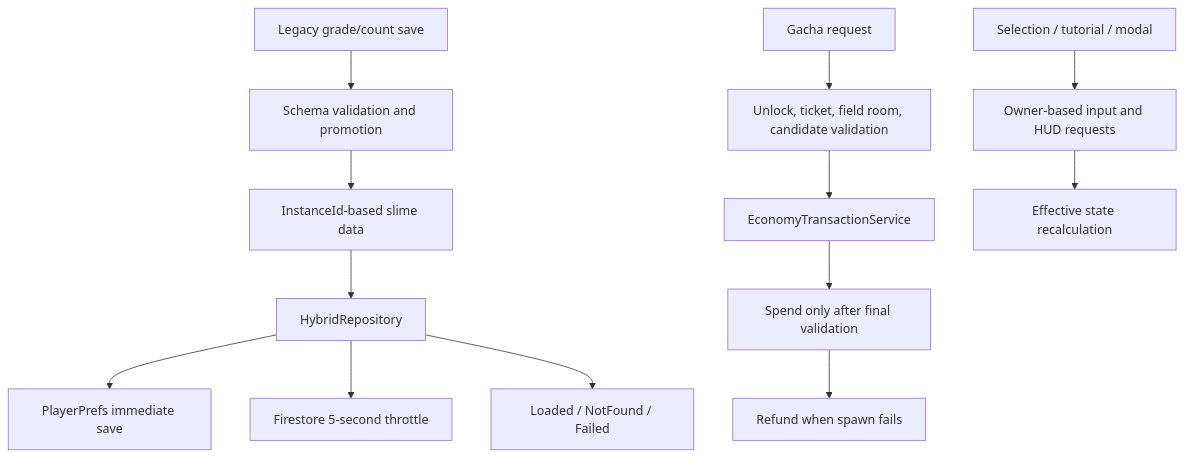
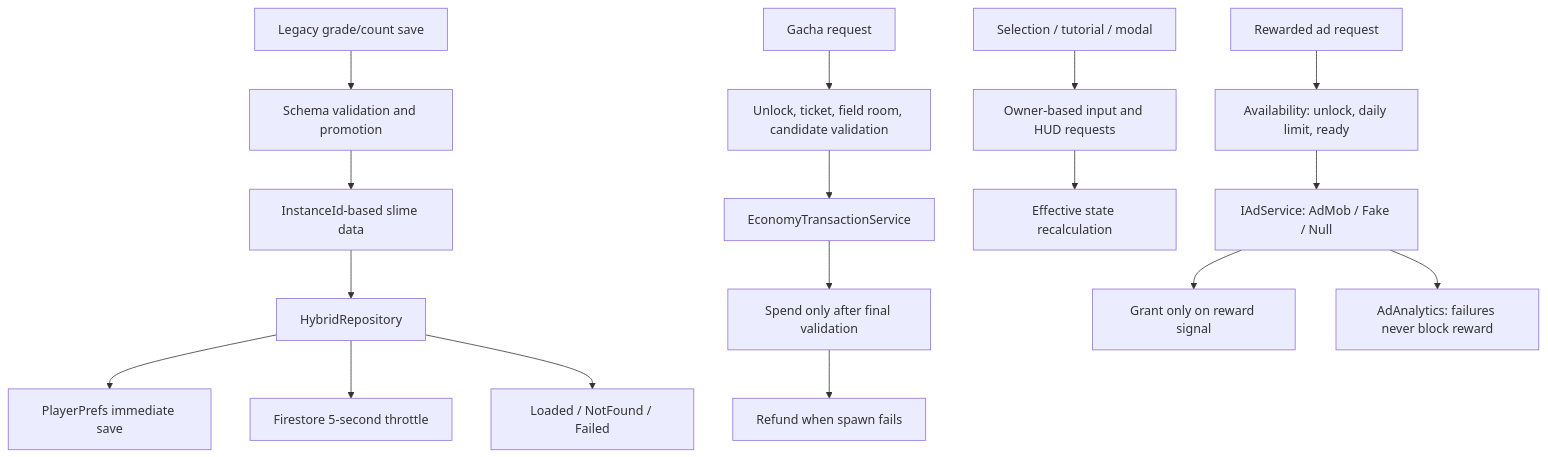
The diagram in MonsterKindergarten/README.md (jjh770/Unity-Portfolio-Code), drawn with Mermaid before and after one commit. The commit also changed other lines of this file and 16 other files, not shown here.

````diff
--- a/MonsterKindergarten/README.md
+++ b/MonsterKindergarten/README.md
@@ -26,18 +27,23 @@
 ```mermaid
 flowchart TD
     A[Legacy grade/count save] --> B[Schema validation and promotion]
     B --> C[InstanceId-based slime data]
 
     C --> D[HybridRepository]
     D --> E[PlayerPrefs immediate save]
     D --> F[Firestore 5-second throttle]
     D --> G[Loaded / NotFound / Failed]
 
     H[Gacha request] --> I[Unlock, ticket, field room, candidate validation]
     I --> J[EconomyTransactionService]
     J --> K[Spend only after final validation]
     K --> L[Refund when spawn fails]
 
     M[Selection / tutorial / modal] --> N[Owner-based input and HUD requests]
     N --> O[Effective state recalculation]
+
+    P[Rewarded ad request] --> Q[Availability: unlock, daily limit, ready]
+    Q --> R[IAdService: AdMob / Fake / Null]
+    R --> S[Grant only on reward signal]
+    R --> T[AdAnalytics: failures never block reward]
 ```
````
